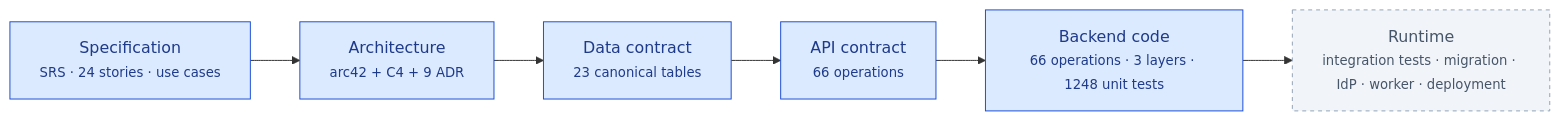
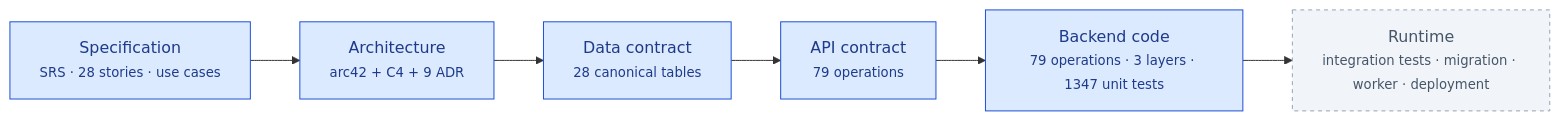
One commit to nvdat16/QLNS changed the first of 8 diagrams in README.md. Above: the diagram before and after it, drawn with Mermaid. The commit also changed other lines of this file and 7 other files, not shown here.

````diff
--- a/README.md
+++ b/README.md
@@ -19,17 +19,17 @@
 ```mermaid
 flowchart LR
-    S["Specification<br/><small>SRS · 24 stories · use cases</small>"]
+    S["Specification<br/><small>SRS · 28 stories · use cases</small>"]
     A["Architecture<br/><small>arc42 + C4 + 9 ADR</small>"]
-    D["Data contract<br/><small>23 canonical tables</small>"]
-    C["API contract<br/><small>66 operations</small>"]
-    K["Backend code<br/><small>66 operations · 3 layers · 1248 unit tests</small>"]
-    R["Runtime<br/><small>integration tests · migration · IdP · worker · deployment</small>"]
+    D["Data contract<br/><small>28 canonical tables</small>"]
+    C["API contract<br/><small>79 operations</small>"]
+    K["Backend code<br/><small>79 operations · 3 layers · 1347 unit tests</small>"]
+    R["Runtime<br/><small>integration tests · migration · worker · deployment</small>"]
 
     S --> A --> D --> C --> K --> R
 
     classDef done fill:#dbeafe,stroke:#1d4ed8,color:#1e3a8a
     classDef partial fill:#fef3c7,stroke:#b45309,color:#78350f
     classDef todo fill:#f1f5f9,stroke:#94a3b8,color:#475569,stroke-dasharray: 4 4
     class S,A,D,C,K done
     class R todo
 ```
````
